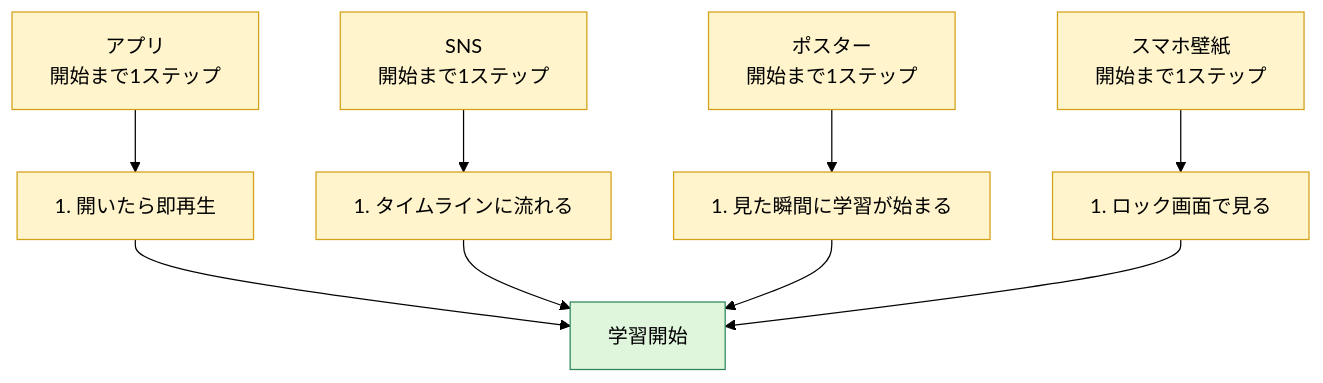
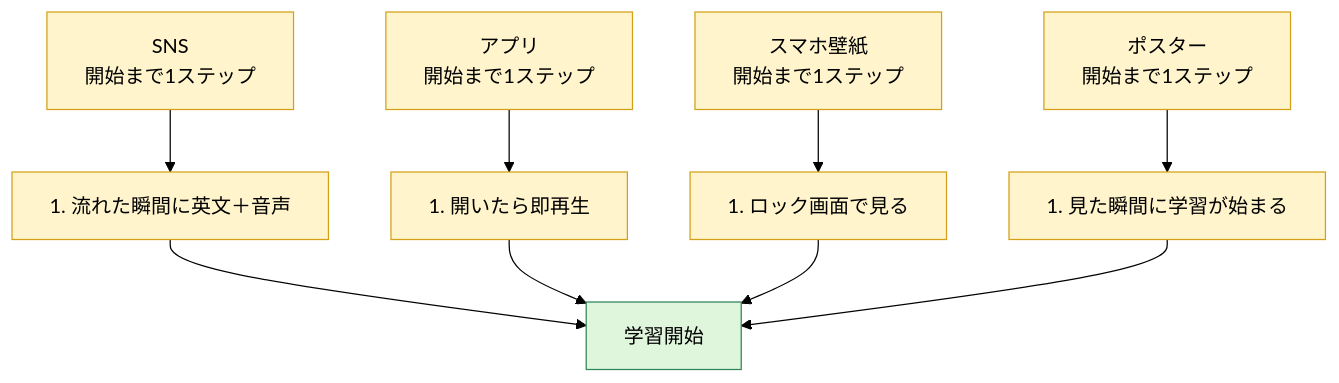
The second of 4 diagrams in 概要.md (muratanaoki/share-doc), drawn with Mermaid (forest theme) before and after one commit. The commit also changed other lines of this file, not shown here.

````diff
--- a/概要.md
+++ b/概要.md
@@ -47,27 +47,27 @@
 ```mermaid
 flowchart TD
+    SnsTitle["SNS<br>開始まで1ステップ"]
     AppTitle["アプリ<br>開始まで1ステップ"]
-    SnsTitle["SNS<br>開始まで1ステップ"]
+    WallpaperTitle["スマホ壁紙<br>開始まで1ステップ"]
     PosterTitle["ポスター<br>開始まで1ステップ"]
-    WallpaperTitle["スマホ壁紙<br>開始まで1ステップ"]
 
+    SnsTitle --> B["1. 流れた瞬間に英文＋音声"]
     AppTitle --> A["1. 開いたら即再生"]
-    SnsTitle --> B["1. タイムラインに流れる"]
+    WallpaperTitle --> E["1. ロック画面で見る"]
     PosterTitle --> C["1. 見た瞬間に学習が始まる"]
-    WallpaperTitle --> E["1. ロック画面で見る"]
 
-    A --> D["学習開始"]
-    B --> D
+    B --> D["学習開始"]
+    A --> D
+    E --> D
     C --> D
-    E --> D
 
+    style SnsTitle fill:#fff4cc,stroke:#d4a017,color:#000
     style AppTitle fill:#fff4cc,stroke:#d4a017,color:#000
-    style SnsTitle fill:#fff4cc,stroke:#d4a017,color:#000
+    style WallpaperTitle fill:#fff4cc,stroke:#d4a017,color:#000
     style PosterTitle fill:#fff4cc,stroke:#d4a017,color:#000
-    style WallpaperTitle fill:#fff4cc,stroke:#d4a017,color:#000
+    style B fill:#fff4cc,stroke:#d4a017,color:#000
     style A fill:#fff4cc,stroke:#d4a017,color:#000
-    style B fill:#fff4cc,stroke:#d4a017,color:#000
+    style E fill:#fff4cc,stroke:#d4a017,color:#000
     style C fill:#fff4cc,stroke:#d4a017,color:#000
     style D fill:#dff6dd,stroke:#2f855a,color:#000
-    style E fill:#fff4cc,stroke:#d4a017,color:#000
 ```
````
